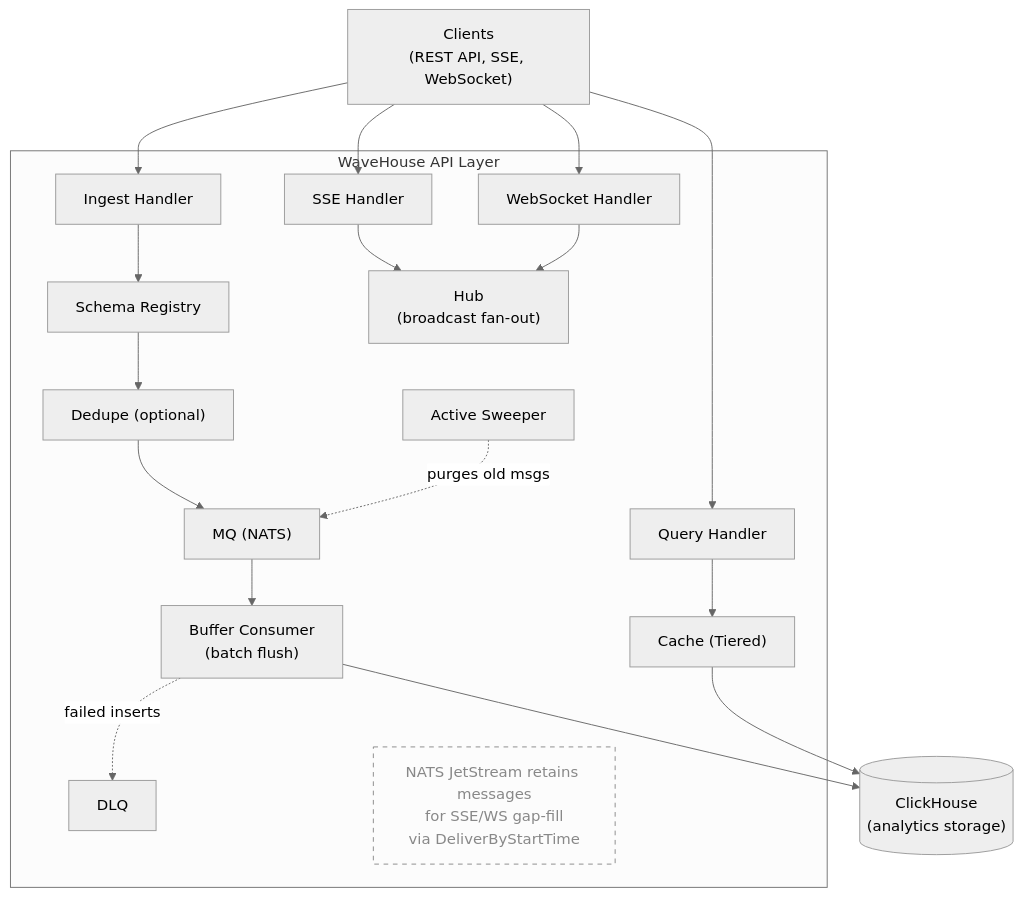
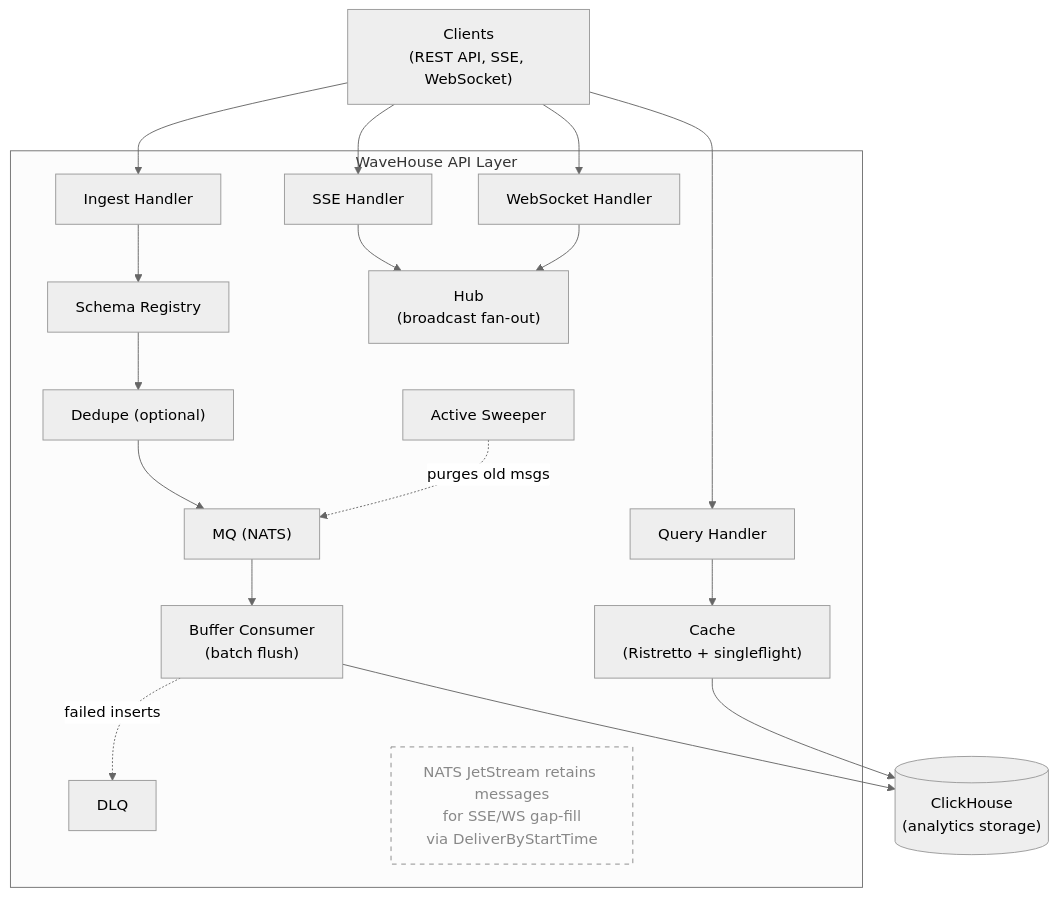
One commit to Wave-RF/WaveHouse changed the diagram in docs/architecture.md. Above: the diagram before and after it, drawn with Mermaid (neutral theme). The commit also changed other lines of this file and 8 other files, not shown here.

````diff
--- a/docs/architecture.md
+++ b/docs/architecture.md
@@ -9,31 +9,31 @@
 ```mermaid
 flowchart TD
     Clients["Clients<br/>(REST API, SSE, WebSocket)"]
 
     Clients --> IH
     Clients --> QH
     Clients --> SSH
     Clients --> WSH
 
     subgraph api["WaveHouse API Layer"]
         IH["Ingest Handler"] --> SR["Schema Registry"]
         SR --> DD["Dedupe (optional)"]
         DD --> MQ["MQ (NATS)"]
         MQ --> BC["Buffer Consumer<br/>(batch flush)"]
         BC -.->|failed inserts| DLQ["DLQ"]
 
-        QH["Query Handler"] --> Cache["Cache (Tiered)"]
+        QH["Query Handler"] --> Cache["Cache<br/>(Ristretto + singleflight)"]
 
         SSH["SSE Handler"] --> Hub["Hub<br/>(broadcast fan-out)"]
         WSH["WebSocket Handler"] --> Hub
 
         SW["Active Sweeper"] -.->|purges old msgs| MQ
 
         NATS["NATS JetStream retains messages<br/>for SSE/WS gap-fill<br/>via DeliverByStartTime"]
     end
 
     BC --> CH[("ClickHouse<br/>(analytics storage)")]
     Cache --> CH
 
     style NATS fill:none,stroke-dasharray:5 5,stroke:#888,color:#888
 ```
````
